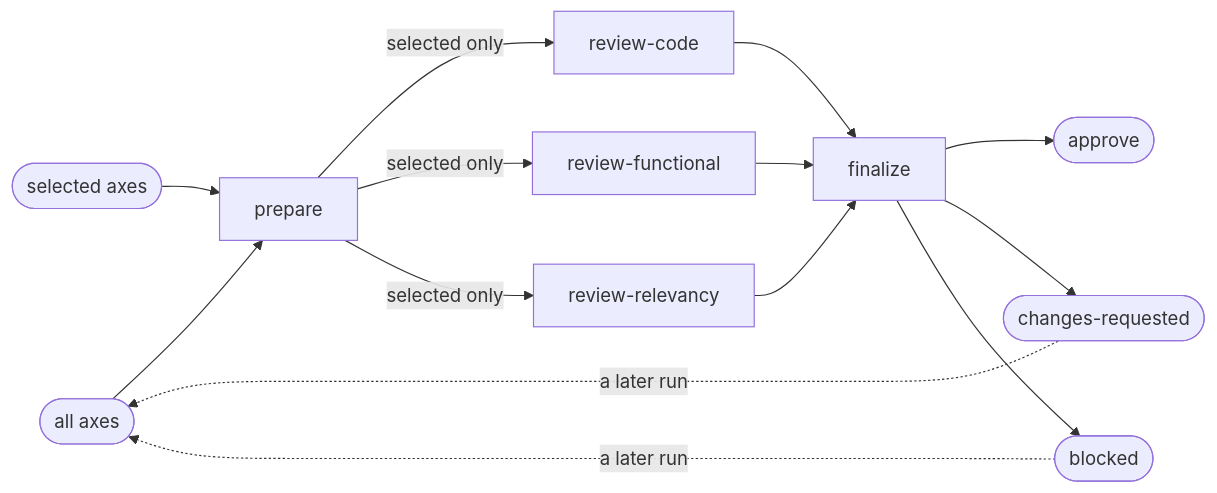
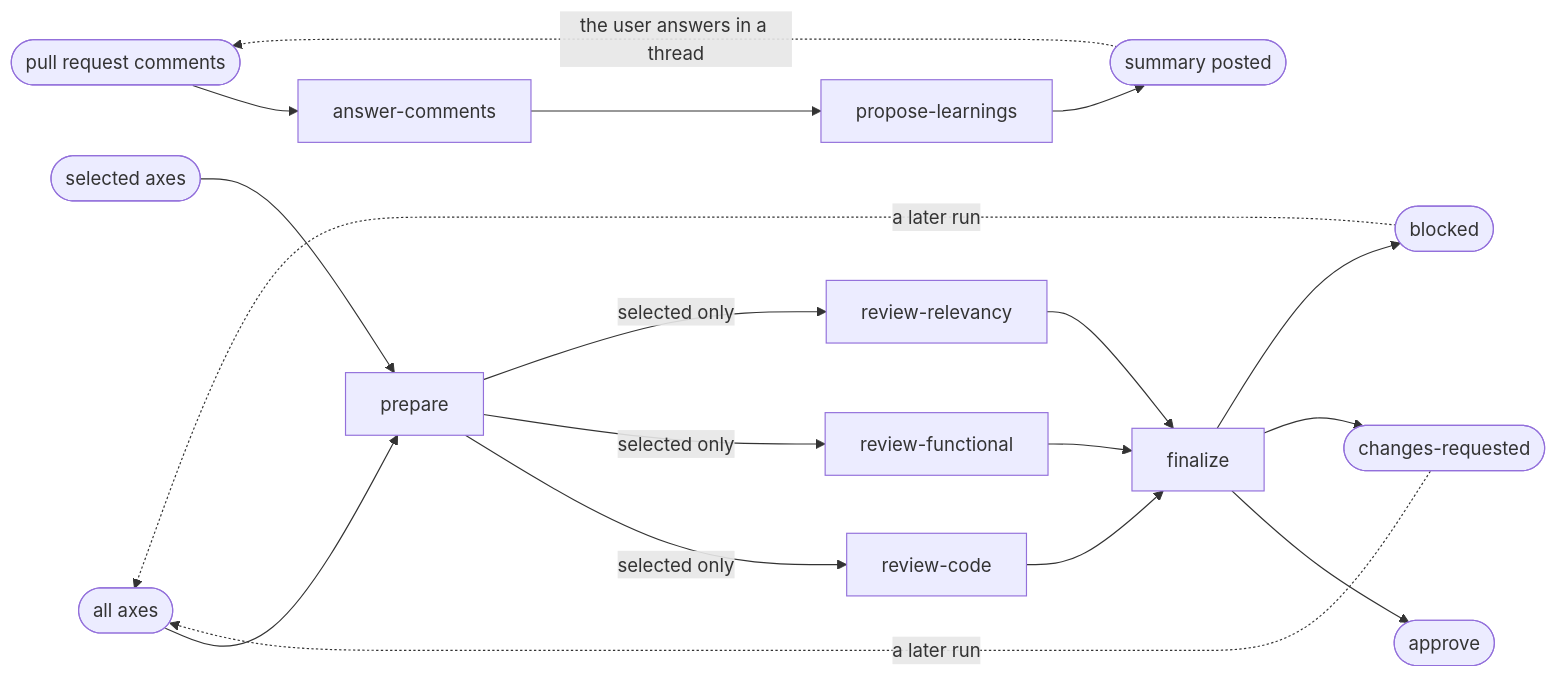
One commit to ai-driven-dev/framework changed the diagram in plugins/aidd-dev/skills/05-review/SKILL.md. Above: the diagram before and after it, drawn with Mermaid. The commit also changed other lines of this file and 5 other files, not shown here.

First line of the commit message:
feat(aidd-dev): answer pull request review comments from the review skill

````diff
--- a/plugins/aidd-dev/skills/05-review/SKILL.md
+++ b/plugins/aidd-dev/skills/05-review/SKILL.md
@@ -9,11 +9,13 @@
 ```mermaid
 flowchart LR
   all([all axes]) --> prepare
   one([selected axes]) --> prepare
   prepare -->|selected only| review-code & review-functional & review-relevancy --> finalize
   finalize --> approve([approve])
   finalize --> changes([changes-requested])
   finalize --> blocked([blocked])
   changes -.->|a later run| all
   blocked -.->|a later run| all
+  pr([pull request comments]) --> answer-comments --> propose-learnings --> summary([summary posted])
+  summary -.->|the user answers in a thread| pr
 ```
````
